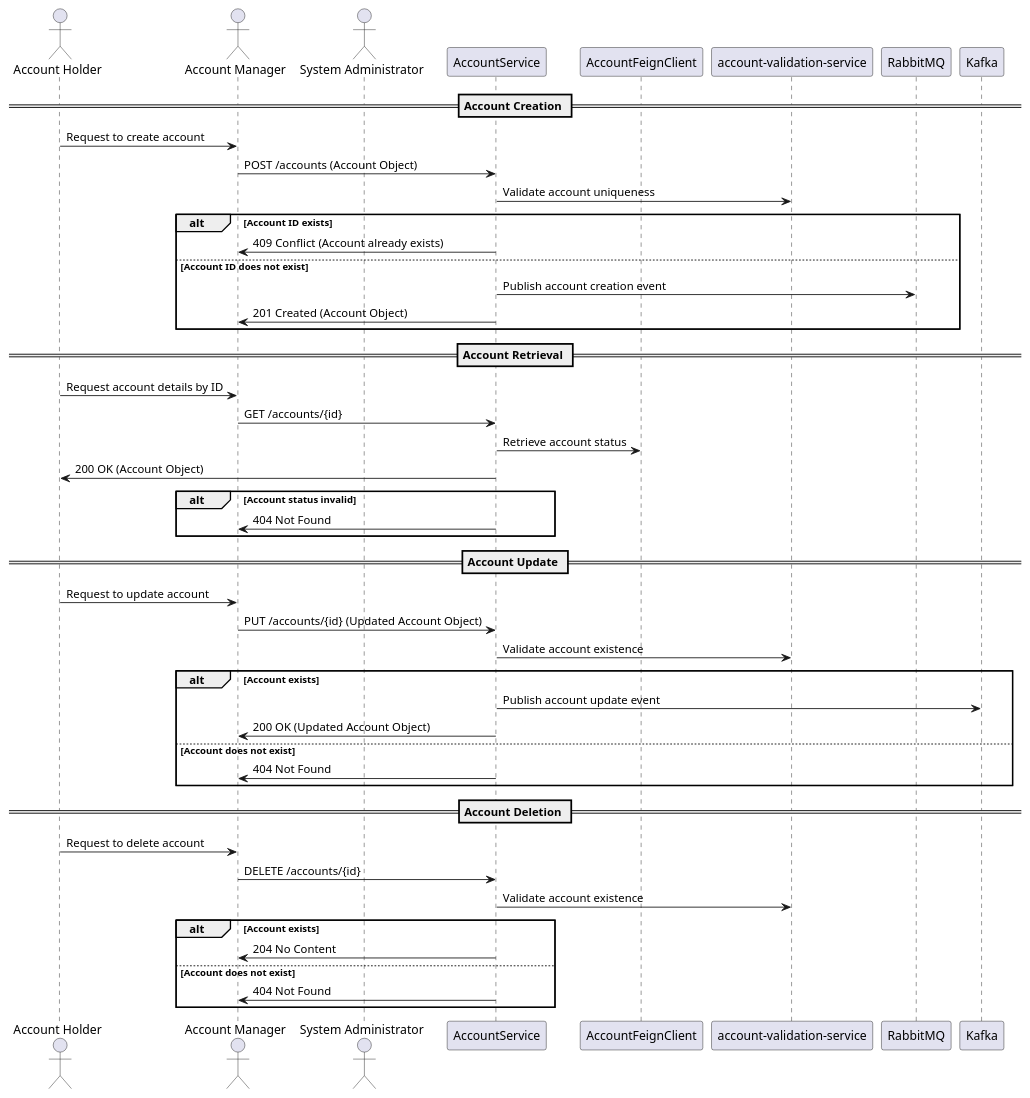
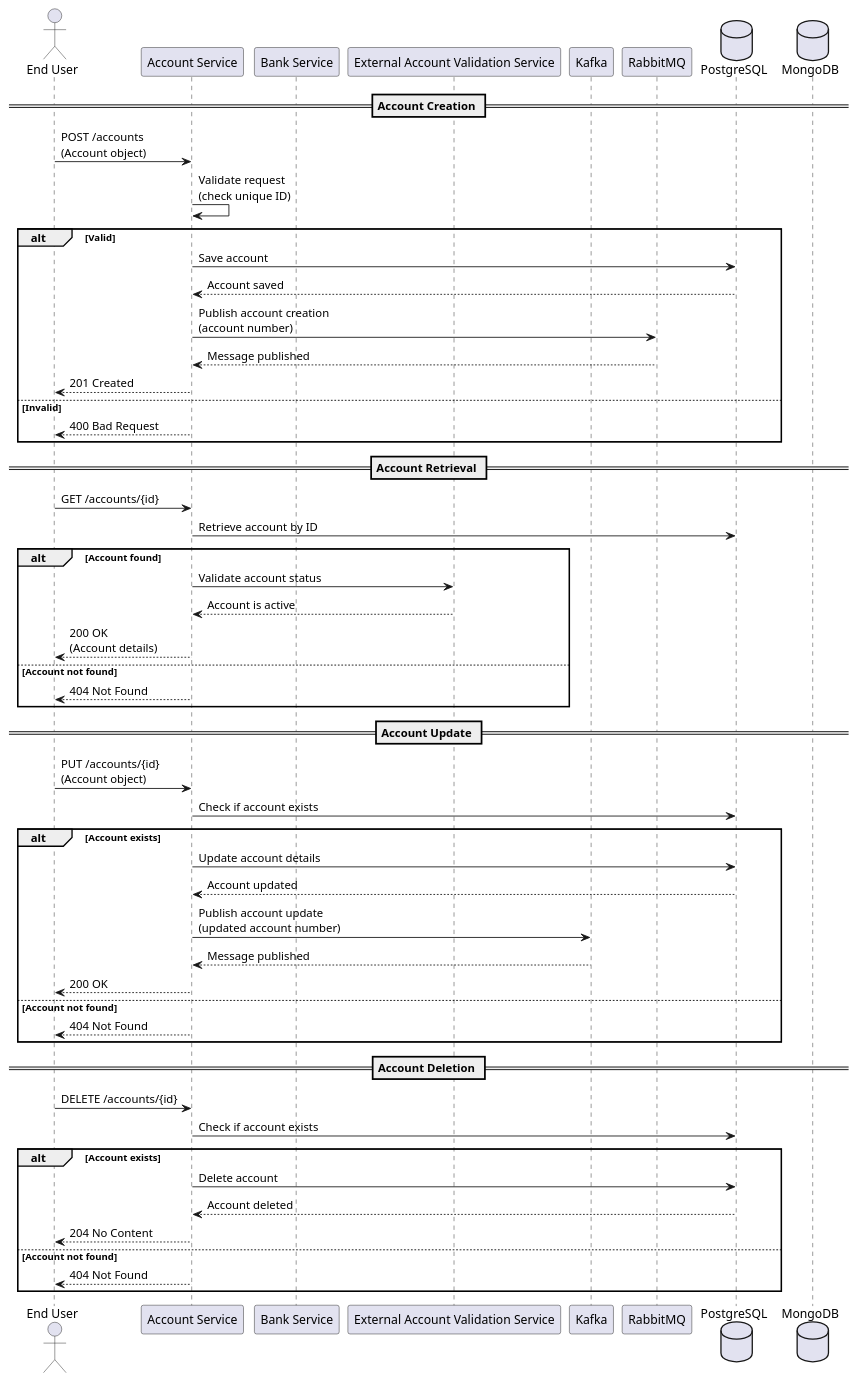
The diagram in design_document/AccountService.md (Bhaskar-Pavan/AccountService), drawn with PlantUML before and after one commit. The commit also changed other lines of this file, not shown here.

````diff
--- a/design_document/AccountService.md
+++ b/design_document/AccountService.md
@@ -37,54 +37,61 @@
 ```plantuml
 @startuml
-actor "Account Holder" as AH
-actor "Account Manager" as AM
-actor "System Administrator" as SA
-participant "AccountService" as AS
-participant "AccountFeignClient" as AFC
-participant "account-validation-service" as AVS
-participant "RabbitMQ" as RMQ
-participant "Kafka" as KAFKA
+actor "End User" as User
+participant "Account Service" as AccountService
+participant "Bank Service" as BankService
+participant "External Account Validation Service" as AccountValidationService
+participant "Kafka" as Kafka
+participant "RabbitMQ" as RabbitMQ
+database "PostgreSQL" as Postgres
+database "MongoDB" as MongoDB
 
 == Account Creation ==
-AH -> AM : Request to create account
-AM -> AS : POST /accounts (Account Object)
-AS -> AVS : Validate account uniqueness
-alt Account ID exists
-    AS -> AM : 409 Conflict (Account already exists)
-else Account ID does not exist
-    AS -> RMQ : Publish account creation event
-    AS -> AM : 201 Created (Account Object)
+User -> AccountService : POST /accounts\n(Account object)
+AccountService -> AccountService : Validate request\n(check unique ID)
+alt Valid
+    AccountService -> Postgres : Save account
+    Postgres --> AccountService : Account saved
+    AccountService -> RabbitMQ : Publish account creation\n(account number)
+    RabbitMQ --> AccountService : Message published
+    AccountService --> User : 201 Created
+else Invalid
+    AccountService --> User : 400 Bad Request
 end
 
 == Account Retrieval ==
-AH -> AM : Request account details by ID
-AM -> AS : GET /accounts/{id}
-AS -> AFC : Retrieve account status
-AS -> AH : 200 OK (Account Object)
-alt Account status invalid
-    AS -> AM : 404 Not Found
+User -> AccountService : GET /accounts/{id}
+AccountService -> Postgres : Retrieve account by ID
+alt Account found
+    AccountService -> AccountValidationService : Validate account status
+    AccountValidationService --> AccountService : Account is active
+    AccountService --> User : 200 OK\n(Account details)
+else Account not found
+    AccountService --> User : 404 Not Found
 end
 
 == Account Update ==
-AH -> AM : Request to update account
-AM -> AS : PUT /accounts/{id} (Updated Account Object)
-AS -> AVS : Validate account existence
+User -> AccountService : PUT /accounts/{id}\n(Account object)
+AccountService -> Postgres : Check if account exists
 alt Account exists
-    AS -> KAFKA : Publish account update event
-    AS -> AM : 200 OK (Updated Account Object)
-else Account does not exist
-    AS -> AM : 404 Not Found
+    AccountService -> Postgres : Update account details
+    Postgres --> AccountService : Account updated
+    AccountService -> Kafka : Publish account update\n(updated account number)
+    Kafka --> AccountService : Message published
+    AccountService --> User : 200 OK
+else Account not found
+    AccountService --> User : 404 Not Found
 end
 
 == Account Deletion ==
-AH -> AM : Request to delete account
-AM -> AS : DELETE /accounts/{id}
-AS -> AVS : Validate account existence
+User -> AccountService : DELETE /accounts/{id}
+AccountService -> Postgres : Check if account exists
 alt Account exists
-    AS -> AM : 204 No Content
-else Account does not exist
-    AS -> AM : 404 Not Found
+    AccountService -> Postgres : Delete account
+    Postgres --> AccountService : Account deleted
+    AccountService --> User : 204 No Content
+else Account not found
+    AccountService --> User : 404 Not Found
 end
 
 @enduml
 ```
````
